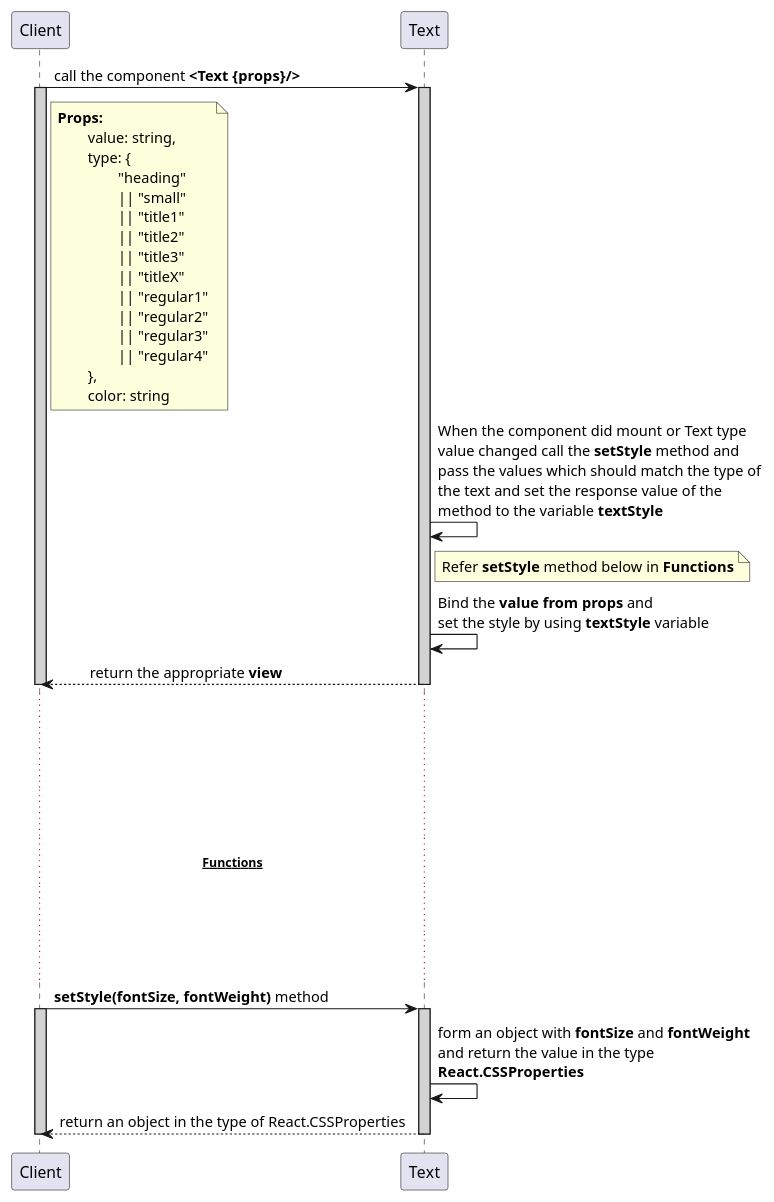
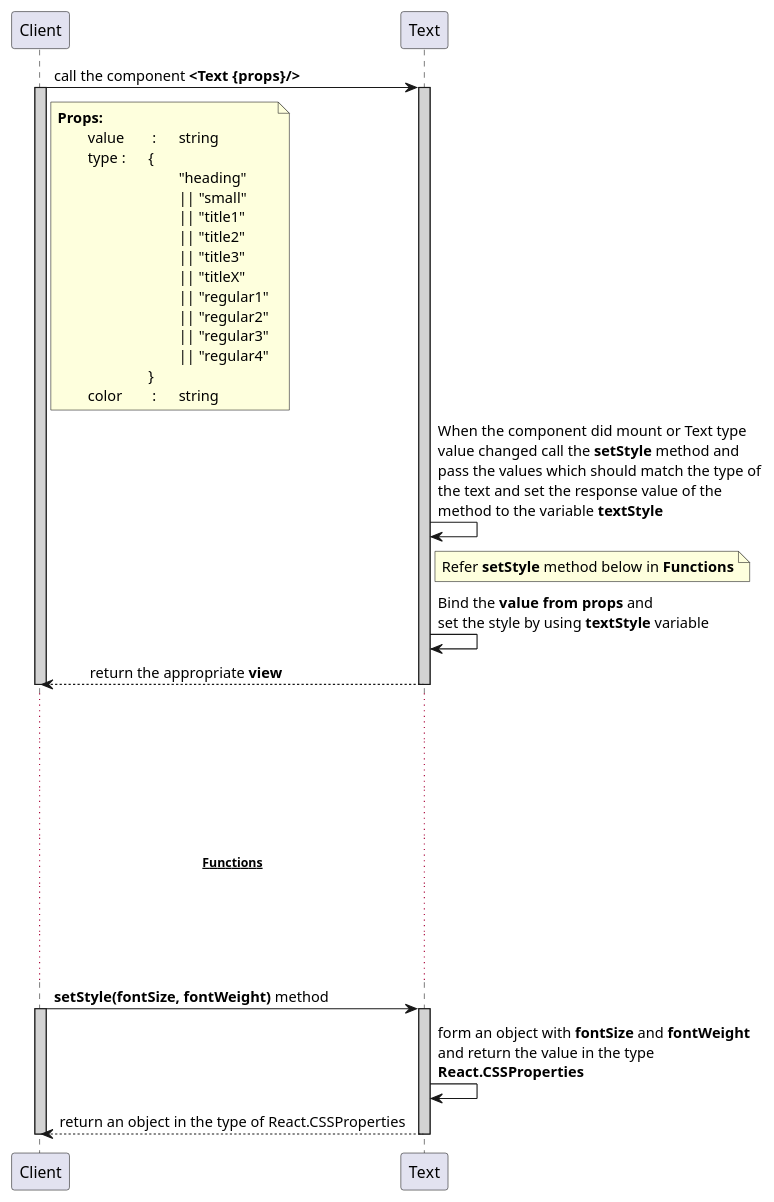
Before and after one commit to avasoft-mobility/workday-design: the diagram in frontend/components/text/text.sequence.puml, drawn with PlantUML.

Commit message:
Change props alignment for text component in sequence design

```diff
--- a/frontend/components/text/text.sequence.puml
+++ b/frontend/components/text/text.sequence.puml
@@ -1,35 +1,35 @@
 @startuml Text
 participant Client
 participant Text
 
 Client -> Text : call the component **<Text {props}/>**
 activate Client #D3D3D3
 activate Text #D3D3D3
 
-note right of Client:**Props:** \n\tvalue: string, \n\ttype: {\n\t\t"heading" \n\t\t|| "small" \n\t\t|| "title1" \n\t\t|| "title2" \n\t\t|| "title3" \n\t\t|| "titleX" \n\t\t|| "regular1" \n\t\t|| "regular2" \n\t\t|| "regular3" \n\t\t|| "regular4" \n\t}, \n\tcolor: string
+note right of Client:**Props:** \n\tvalue\t : \tstring \n\ttype\t : \t{\n\t\t\t\t"heading" \n\t\t\t\t|| "small" \n\t\t\t\t|| "title1" \n\t\t\t\t|| "title2" \n\t\t\t\t|| "title3" \n\t\t\t\t|| "titleX" \n\t\t\t\t|| "regular1" \n\t\t\t\t|| "regular2" \n\t\t\t\t|| "regular3" \n\t\t\t\t|| "regular4" \n\t\t\t} \n\tcolor\t : \tstring
 Text -> Text: When the component did mount or Text type \nvalue changed call the **setStyle** method and \npass the values which should match the type of \nthe text and set the response value of the \nmethod to the variable **textStyle**
 note right of Text: Refer **setStyle** method below in **Functions**
 
 Text -> Text : Bind the **value from props** and \nset the style by using **textStyle** variable
 
 Client <-- Text : \treturn the appropriate **view**
 deactivate Text
 deactivate Client
 
 ... ...
 ... ...
 ... ...
 ...~~**Functions**~~...
 ... ...
 ... ...
 
 Client -> Text: **setStyle(fontSize, fontWeight)** method
 activate Client #D3D3D3
 activate Text #D3D3D3
 Text -> Text : form an object with **fontSize** and **fontWeight** \nand return the value in the type \n**React.CSSProperties**
 Client <-- Text : return an object in the type of React.CSSProperties
 deactivate Text
 
 deactivate Client
 
 @enduml
```
